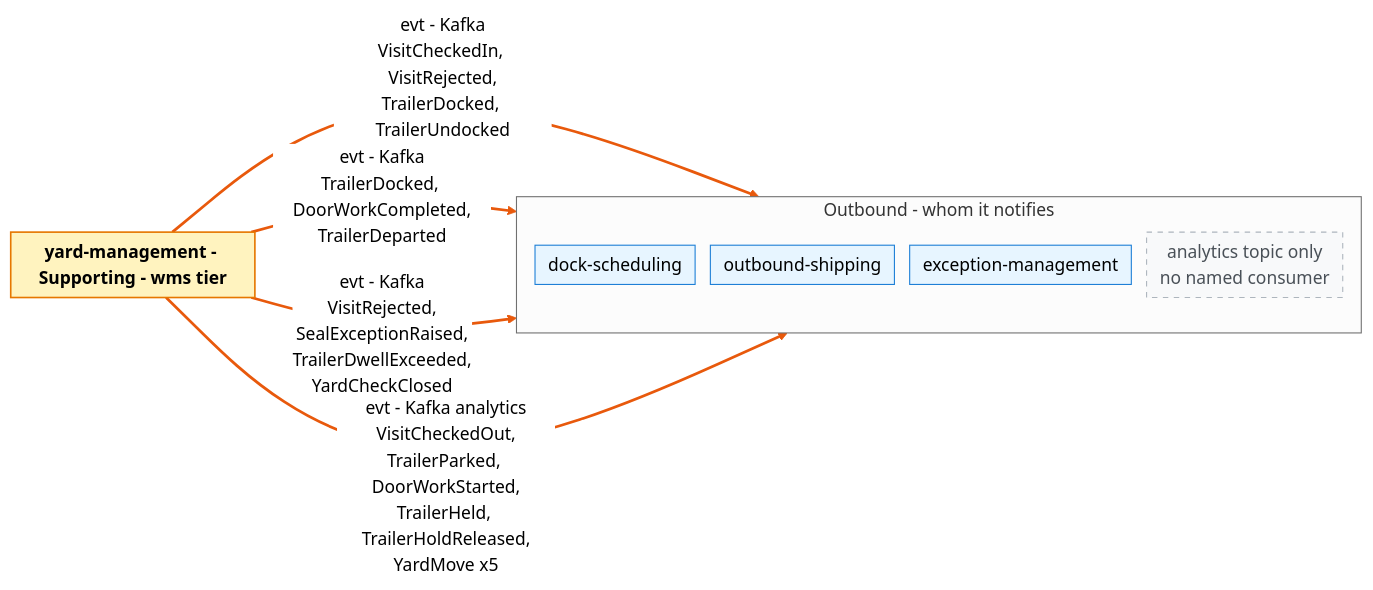
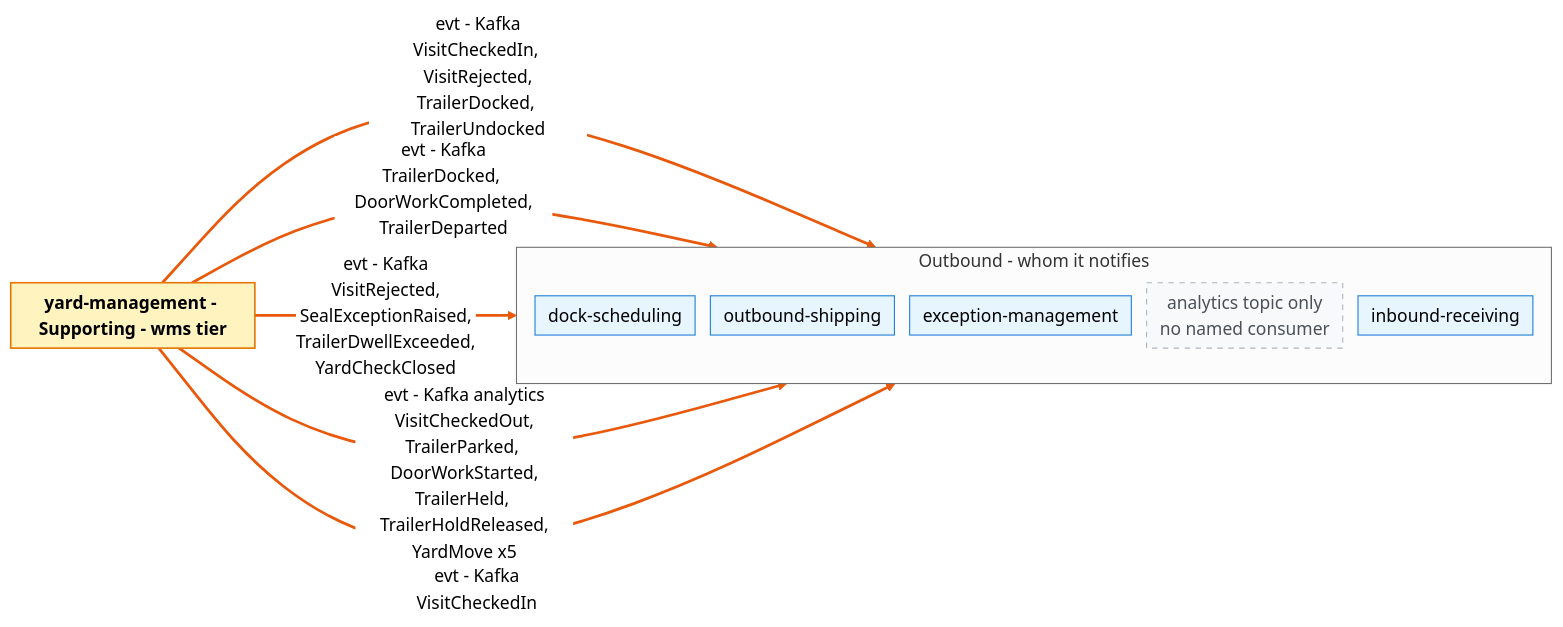
Before and after one commit to IQVO/warehouse-docs: the second of 2 diagrams in yard/docs/contexts/yard-management/bounded-context-canvas.md, drawn with Mermaid (neutral theme). The commit also changed other lines of this file and 7 other files, not shown here.

Commit message:
docs(yard): add the yard-management to inbound-receiving VisitCheckedIn edge (K76) and flip the applied edges to live

````diff
--- a/yard/docs/contexts/yard-management/bounded-context-canvas.md
+++ b/yard/docs/contexts/yard-management/bounded-context-canvas.md
@@ -79,23 +79,26 @@
 ```mermaid
 %%{init: {"flowchart": {"nodeSpacing": 14, "rankSpacing": 40, "padding": 6}}}%%
 flowchart LR
     classDef bc fill:#fff3bf,stroke:#e67700,stroke-width:1.5px,color:#000
     classDef ctx fill:#e7f5ff,stroke:#1c7ed6,color:#000
     classDef none fill:#f8f9fa,stroke:#adb5bd,stroke-dasharray:5 5,color:#495057
     BC["<b>yard-management - Supporting - wms tier</b>"]:::bc
     subgraph OUT["Outbound - whom it notifies"]
         direction TB
         out0["dock-scheduling"]:::ctx
         out1["outbound-shipping"]:::ctx
         out2["exception-management"]:::ctx
         out3["analytics topic only<br/>no named consumer"]:::none
+        out4["inbound-receiving"]:::ctx
     end
     BC ==>|"evt - Kafka<br/>VisitCheckedIn, VisitRejected,<br/>TrailerDocked, TrailerUndocked"| out0
     BC ==>|"evt - Kafka<br/>TrailerDocked, DoorWorkCompleted,<br/>TrailerDeparted"| out1
     BC ==>|"evt - Kafka<br/>VisitRejected,<br/>SealExceptionRaised,<br/>TrailerDwellExceeded,<br/>YardCheckClosed"| out2
     BC ==>|"evt - Kafka analytics<br/>VisitCheckedOut,<br/>TrailerParked, DoorWorkStarted,<br/>TrailerHeld, TrailerHoldReleased,<br/>YardMove x5"| out3
+    BC ==>|"evt - Kafka<br/>VisitCheckedIn"| out4
     linkStyle 0 stroke:#e8590c,stroke-width:2.5px
     linkStyle 1 stroke:#e8590c,stroke-width:2.5px
     linkStyle 2 stroke:#e8590c,stroke-width:2.5px
     linkStyle 3 stroke:#e8590c,stroke-width:2.5px
+    linkStyle 4 stroke:#e8590c,stroke-width:2.5px
 ```
````
